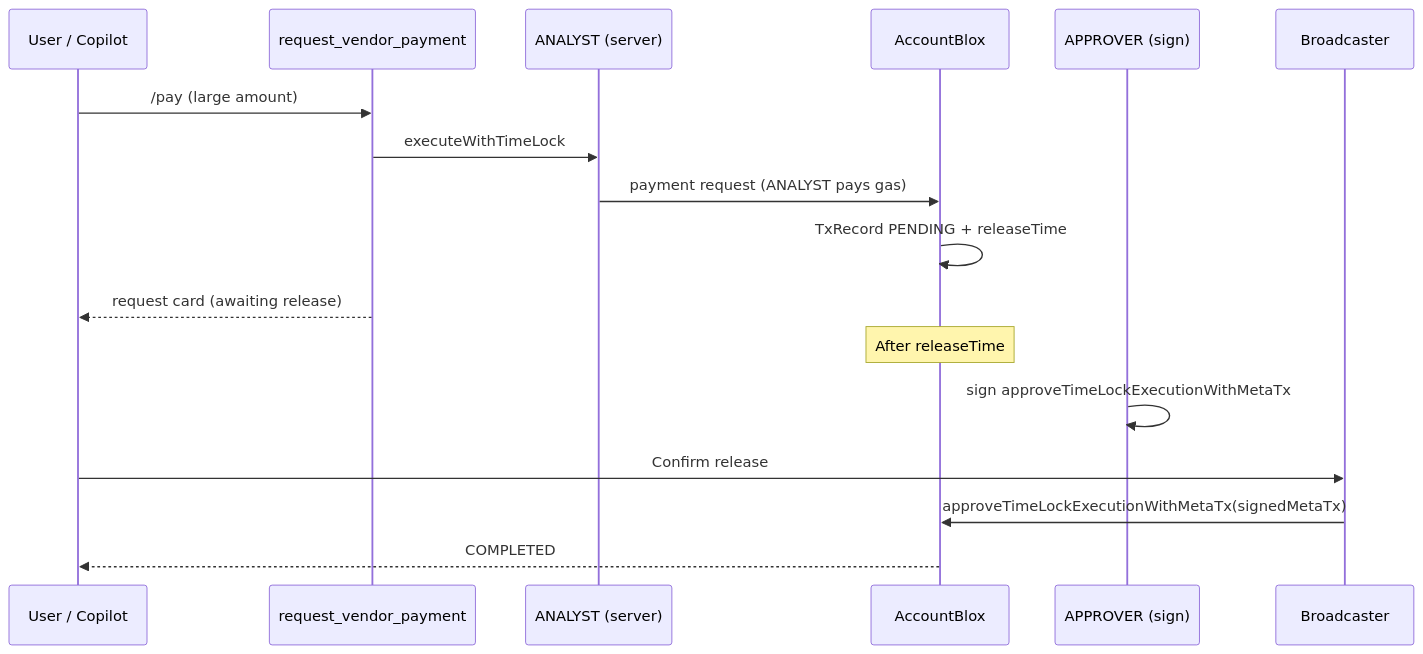
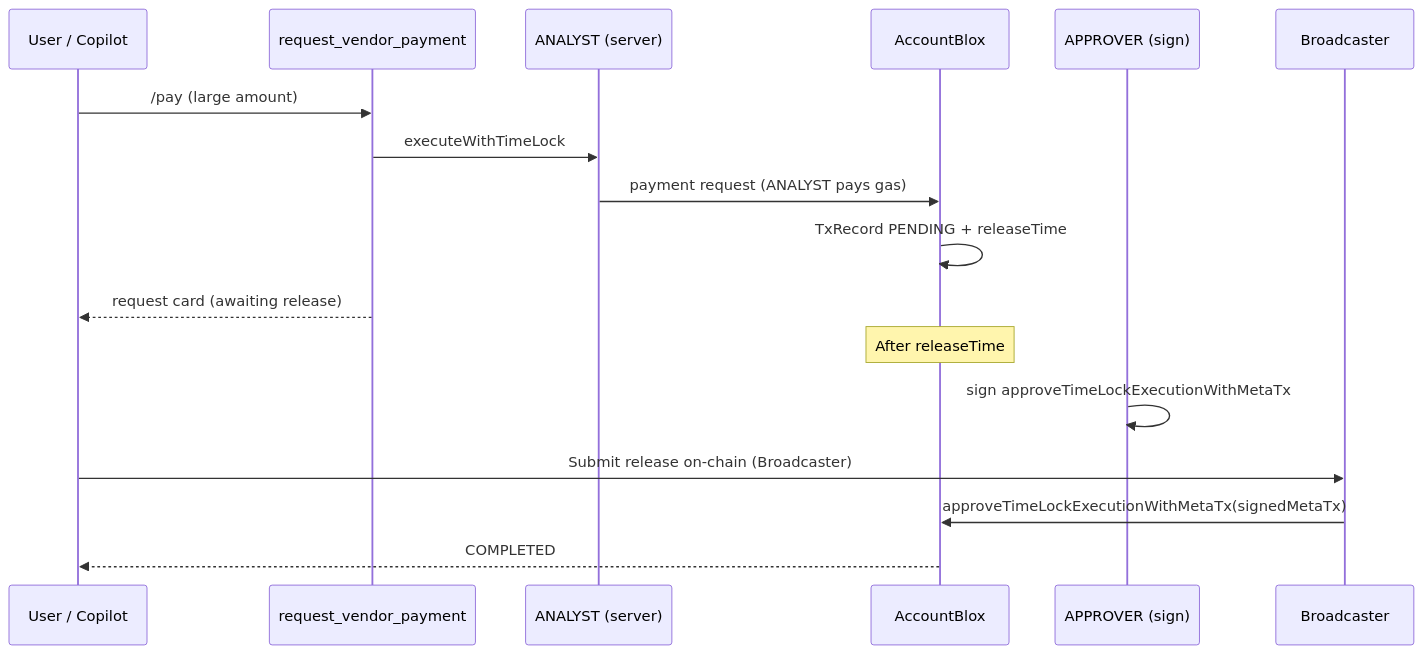
Before and after one commit to PracticalParticle/AgentBlox: the fourth of 4 diagrams in docs/on-chain-execution-flow.md, drawn with Mermaid. The commit also changed other lines of this file and 12 other files, not shown here.

````diff
--- a/docs/on-chain-execution-flow.md
+++ b/docs/on-chain-execution-flow.md
@@ -132,20 +132,20 @@
 ```mermaid
 sequenceDiagram
     participant User as User / Copilot
     participant Tool as request_vendor_payment
     participant Analyst as ANALYST (server)
     participant AB as AccountBlox
     participant Approver as APPROVER (sign)
     participant BC as Broadcaster
 
     User->>Tool: /pay (large amount)
     Tool->>Analyst: executeWithTimeLock
     Analyst->>AB: payment request (ANALYST pays gas)
     AB->>AB: TxRecord PENDING + releaseTime
     Tool-->>User: request card (awaiting release)
     Note over AB: After releaseTime
     Approver->>Approver: sign approveTimeLockExecutionWithMetaTx
-    User->>BC: Confirm release
+    User->>BC: Submit release on-chain (Broadcaster)
     BC->>AB: approveTimeLockExecutionWithMetaTx(signedMetaTx)
     AB-->>User: COMPLETED
 ```
````
